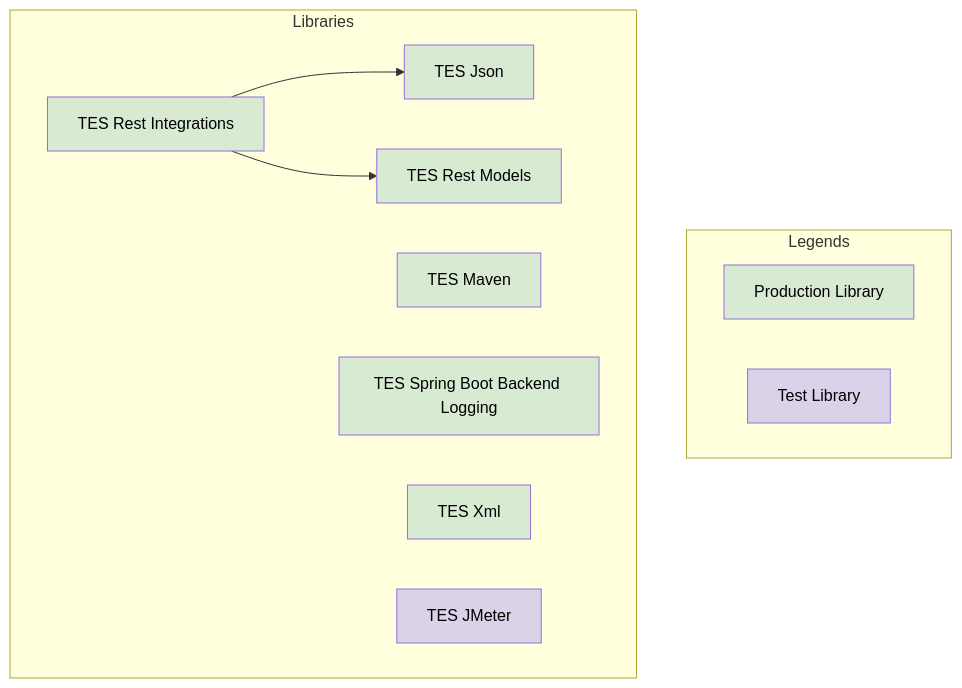
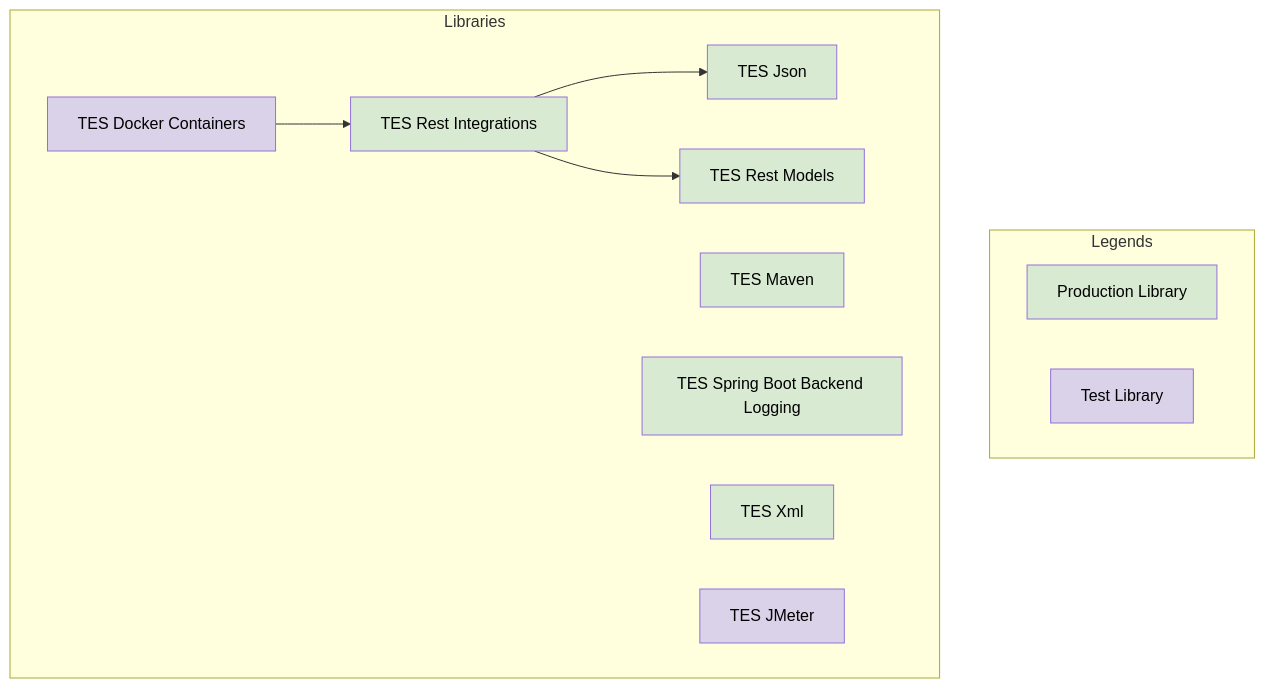
One commit to sunepoulsen/tes-foundation changed the diagram in doc/README.md. Above: the diagram before and after it, drawn with Mermaid. The commit also changed other lines of this file and 7 other files, not shown here.

Commit message:
TES-120: Add `tes-docker-containers` to this monolith.

````diff
--- a/doc/README.md
+++ b/doc/README.md
@@ -24,22 +26,23 @@
 ```mermaid
 flowchart
     subgraph "Legends"
         legProdLib["Production Library"]:::prodLibrary
         legTestLib["Test Library"]:::testLibrary
     end
 
     subgraph "Libraries"
         tesJson["TES Json"]:::prodLibrary
         tesMaven["TES Maven"]:::prodLibrary
         tesRestModels["TES Rest Models"]:::prodLibrary
         tesSpringBootLogging["TES Spring Boot Backend Logging"]:::prodLibrary
         tesXml["TES Xml"]:::prodLibrary
         tesRestIntegrations["TES Rest Integrations"]:::prodLibrary --> tesJson
         tesRestIntegrations:::prodLibrary --> tesRestModels
-        
+
+        tesDockerContainers["TES Docker Containers"]:::testLibrary --> tesRestIntegrations
         tesJMeter["TES JMeter"]:::testLibrary
     end
 
     classDef prodLibrary fill:#d9ead3,color:#000
     classDef testLibrary fill:#d9d2e9,color:#000
 ```
````
